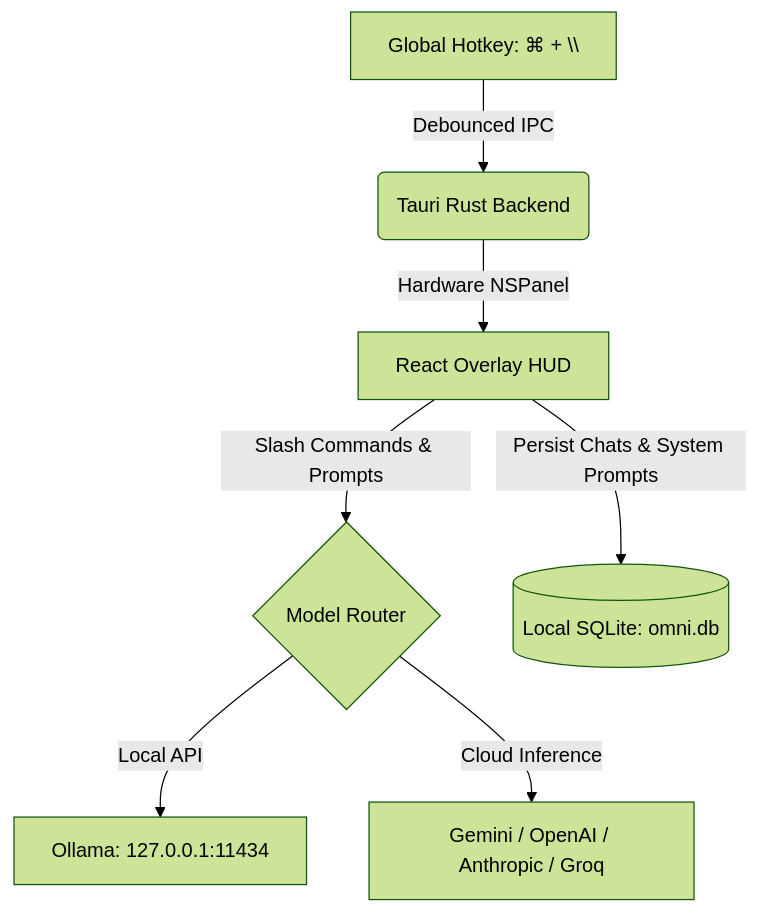
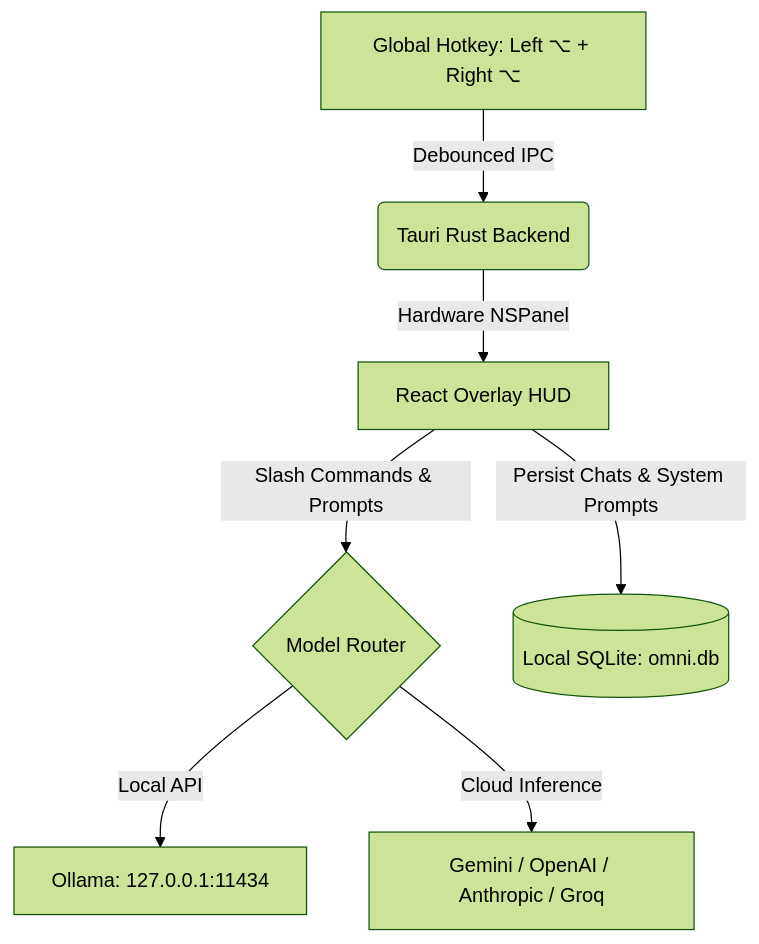
The diagram in README.md (connortessaro/omni), drawn with Mermaid (forest theme) before and after one commit. The commit also changed other lines of this file and 6 other files, not shown here.

````diff
--- a/README.md
+++ b/README.md
@@ -51,9 +65,9 @@
 ```mermaid
 graph TD
-    A[Global Hotkey: ⌘ + \\] -->|Debounced IPC| B(Tauri Rust Backend)
+    A[Global Hotkey: Left ⌥ + Right ⌥] -->|Debounced IPC| B(Tauri Rust Backend)
     B -->|Hardware NSPanel| C[React Overlay HUD]
     C -->|Slash Commands & Prompts| D{Model Router}
     D -->|Local API| E[Ollama: 127.0.0.1:11434]
     D -->|Cloud Inference| F[Gemini / OpenAI / Anthropic / Groq]
     C -->|Persist Chats & System Prompts| G[(Local SQLite: omni.db)]
 ```
````
